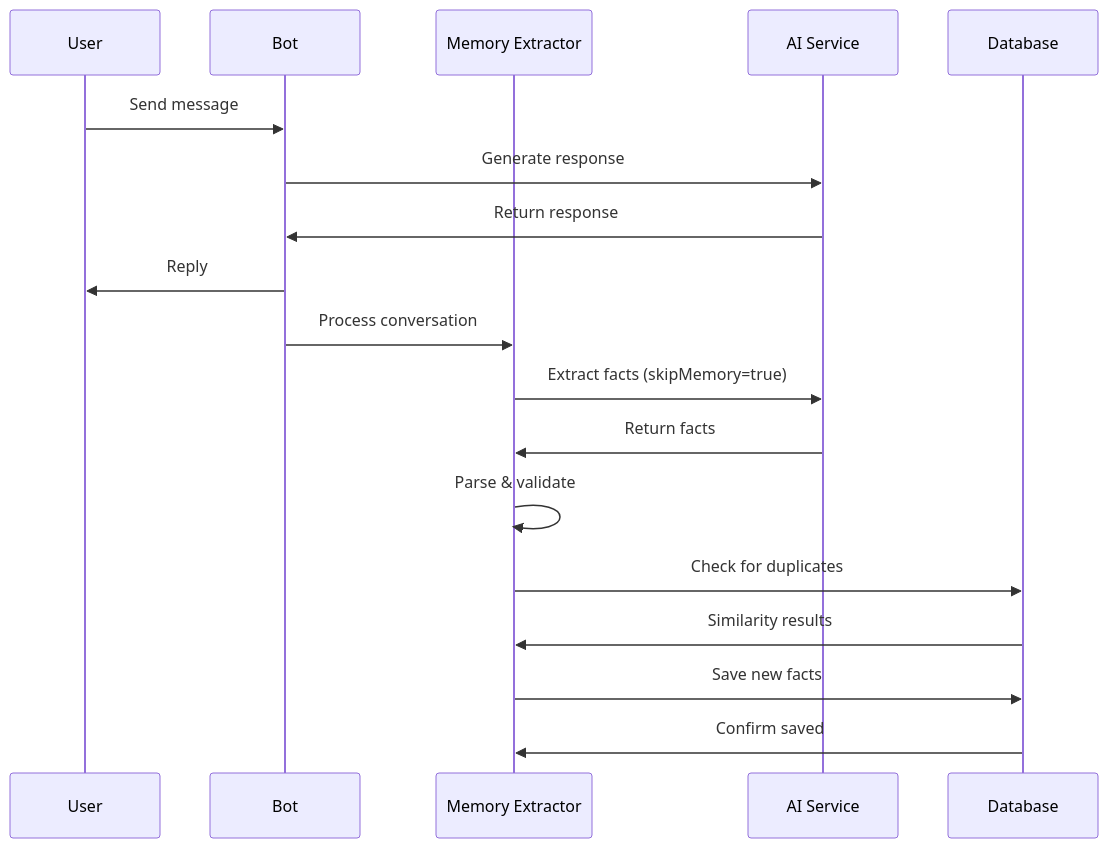
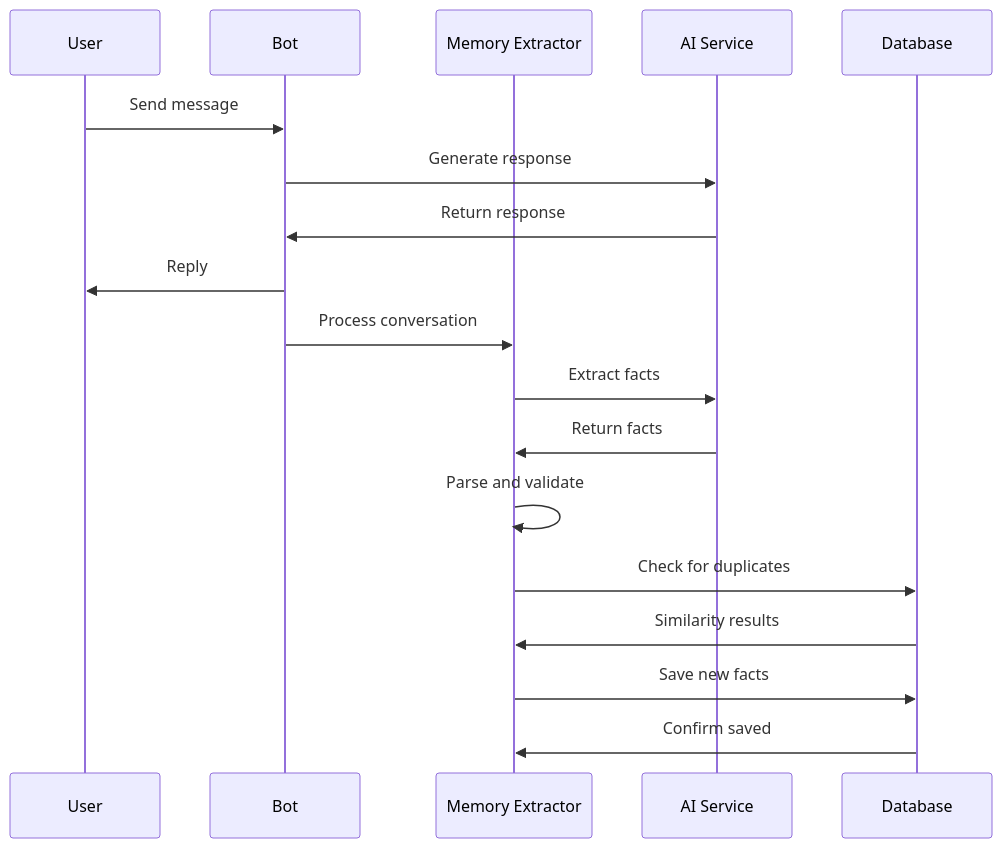
The fourth of 4 diagrams in README.md (ahmedtouzani/Raymond), drawn with Mermaid before and after one commit. The commit also changed other lines of this file, not shown here.

Commit message:
fix: Mermaid diagram syntax errors in README
Fixed special characters in node names that prevented GitHub from rendering diagrams:
- Changed '@xenova/transformers' to 'Xenova Transformers'
- Removed '&' character from sequence diagram
- Simplified node labels for better compatibility

All diagrams now render correctly on GitHub.

````diff
--- a/README.md
+++ b/README.md
@@ -376,21 +376,21 @@
 ```mermaid
 sequenceDiagram
     participant U as User
     participant B as Bot
     participant E as Memory Extractor
     participant AI as AI Service
     participant DB as Database
     
     U->>B: Send message
     B->>AI: Generate response
     AI->>B: Return response
     B->>U: Reply
     B->>E: Process conversation
-    E->>AI: Extract facts (skipMemory=true)
+    E->>AI: Extract facts
     AI->>E: Return facts
-    E->>E: Parse & validate
+    E->>E: Parse and validate
     E->>DB: Check for duplicates
     DB->>E: Similarity results
     E->>DB: Save new facts
     DB->>E: Confirm saved
 ```
````
